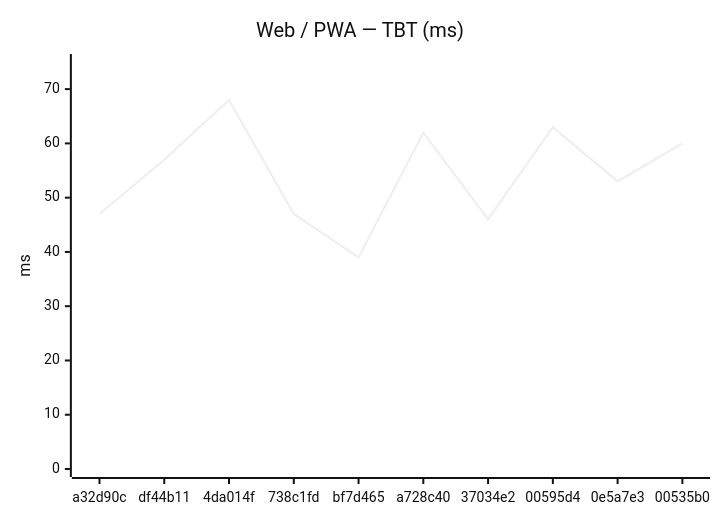
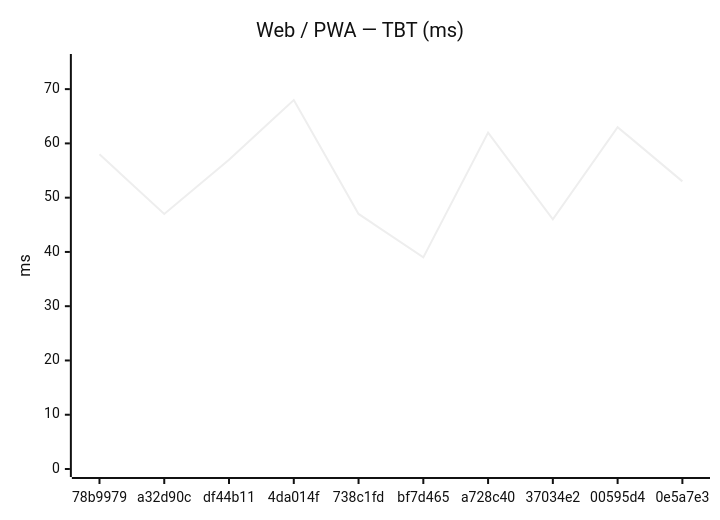
The second of 24 diagrams in benchmarks/compare.md (Metaheurist/Rianell), drawn with Mermaid (neutral theme) before and after one commit. The commit also changed other lines of this file and 12 other files, not shown here.

````diff
--- a/benchmarks/compare.md
+++ b/benchmarks/compare.md
@@ -31,7 +31,7 @@
 ```mermaid
 xychart-beta
     title "Web / PWA — TBT (ms)"
-    x-axis ["a32d90c", "df44b11", "4da014f", "738c1fd", "bf7d465", "a728c40", "37034e2", "00595d4", "0e5a7e3", "00535b0"]
+    x-axis ["78b9979", "a32d90c", "df44b11", "4da014f", "738c1fd", "bf7d465", "a728c40", "37034e2", "00595d4", "0e5a7e3"]
     y-axis "ms" 0 --> 75
-    line [47, 57, 68, 47, 39, 62, 46, 63, 53, 60]
+    line [58, 47, 57, 68, 47, 39, 62, 46, 63, 53]
 ```
````
